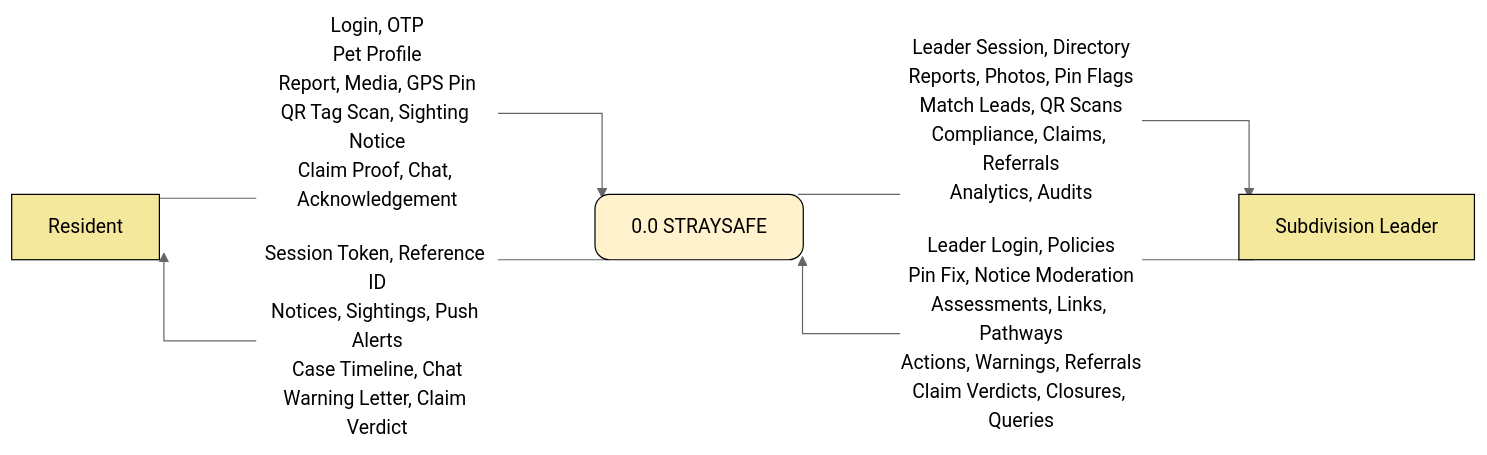
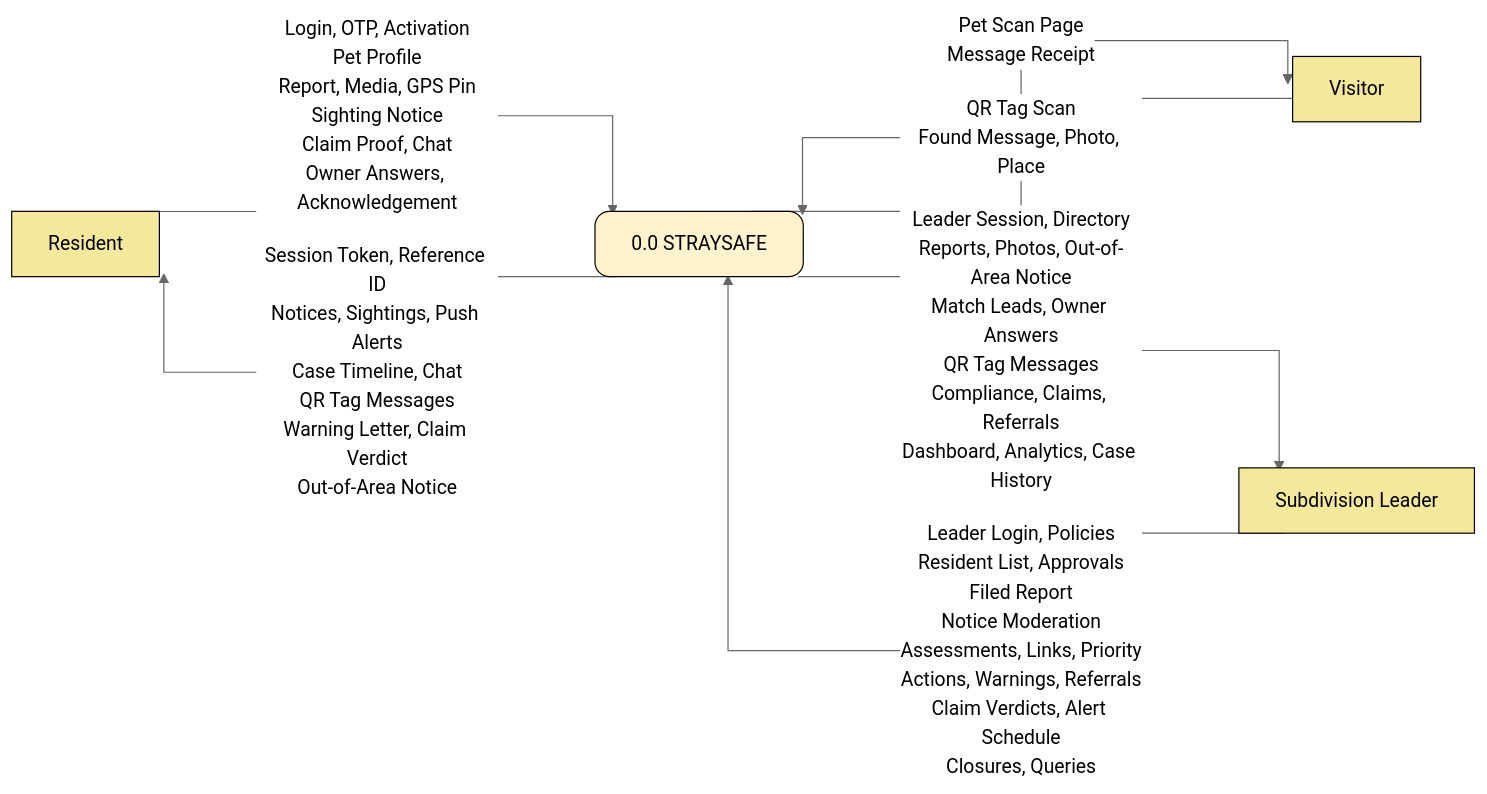
The first of 6 diagrams in STRAY-SAFE-2.0-DFD.md (Otivz/Straysafe2.0), drawn with Mermaid (neutral theme) before and after one commit. The commit also changed other lines of this file and 19 other files, not shown here.

````diff
--- a/STRAY-SAFE-2.0-DFD.md
+++ b/STRAY-SAFE-2.0-DFD.md
@@ -9,18 +11,23 @@
 ```mermaid
 %%{init: {'flowchart': {'curve': 'stepAfter', 'nodeSpacing': 40, 'rankSpacing': 160}}}%%
 flowchart LR
     classDef entity fill:#F3E89B,stroke:#000000,color:#000000
     classDef process fill:#FFF2CC,stroke:#000000,rx:12,ry:12,color:#000000
 
     RES["Resident"]:::entity
+    VIS["Visitor"]:::entity
     P0["0.0 STRAYSAFE"]:::process
     SL["Subdivision Leader"]:::entity
 
-    RES -->|"Login, OTP<br/>Pet Profile<br/>Report, Media, GPS Pin<br/>QR Tag Scan, Sighting Notice<br/>Claim Proof, Chat, Acknowledgement"| P0
+    RES -->|"Login, OTP, Activation<br/>Pet Profile<br/>Report, Media, GPS Pin<br/>Sighting Notice<br/>Claim Proof, Chat<br/>Owner Answers, Acknowledgement"| P0
 
-    P0 -->|"Session Token, Reference ID<br/>Notices, Sightings, Push Alerts<br/>Case Timeline, Chat<br/>Warning Letter, Claim Verdict"| RES
+    P0 -->|"Session Token, Reference ID<br/>Notices, Sightings, Push Alerts<br/>Case Timeline, Chat<br/>QR Tag Messages<br/>Warning Letter, Claim Verdict<br/>Out-of-Area Notice"| RES
 
-    SL -->|"Leader Login, Policies<br/>Pin Fix, Notice Moderation<br/>Assessments, Links, Pathways<br/>Actions, Warnings, Referrals<br/>Claim Verdicts, Closures, Queries"| P0
+    VIS -->|"QR Tag Scan<br/>Found Message, Photo, Place"| P0
 
-    P0 -->|"Leader Session, Directory<br/>Reports, Photos, Pin Flags<br/>Match Leads, QR Scans<br/>Compliance, Claims, Referrals<br/>Analytics, Audits"| SL
+    P0 -->|"Pet Scan Page<br/>Message Receipt"| VIS
+
+    SL -->|"Leader Login, Policies<br/>Resident List, Approvals<br/>Filed Report<br/>Notice Moderation<br/>Assessments, Links, Priority<br/>Actions, Warnings, Referrals<br/>Claim Verdicts, Alert Schedule<br/>Closures, Queries"| P0
+
+    P0 -->|"Leader Session, Directory<br/>Reports, Photos, Out-of-Area Notice<br/>Match Leads, Owner Answers<br/>QR Tag Messages<br/>Compliance, Claims, Referrals<br/>Dashboard, Analytics, Case History"| SL
 ```
````
